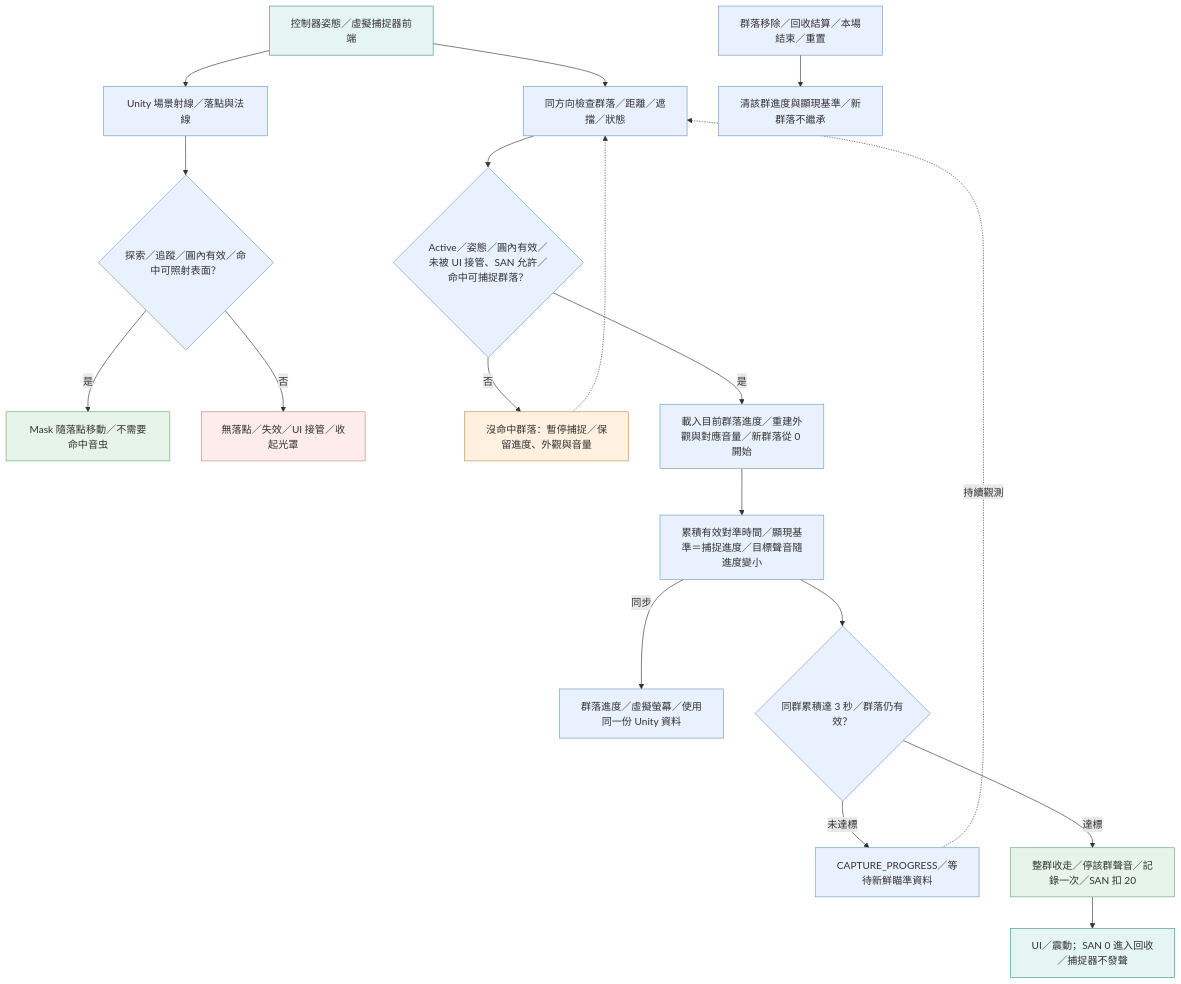
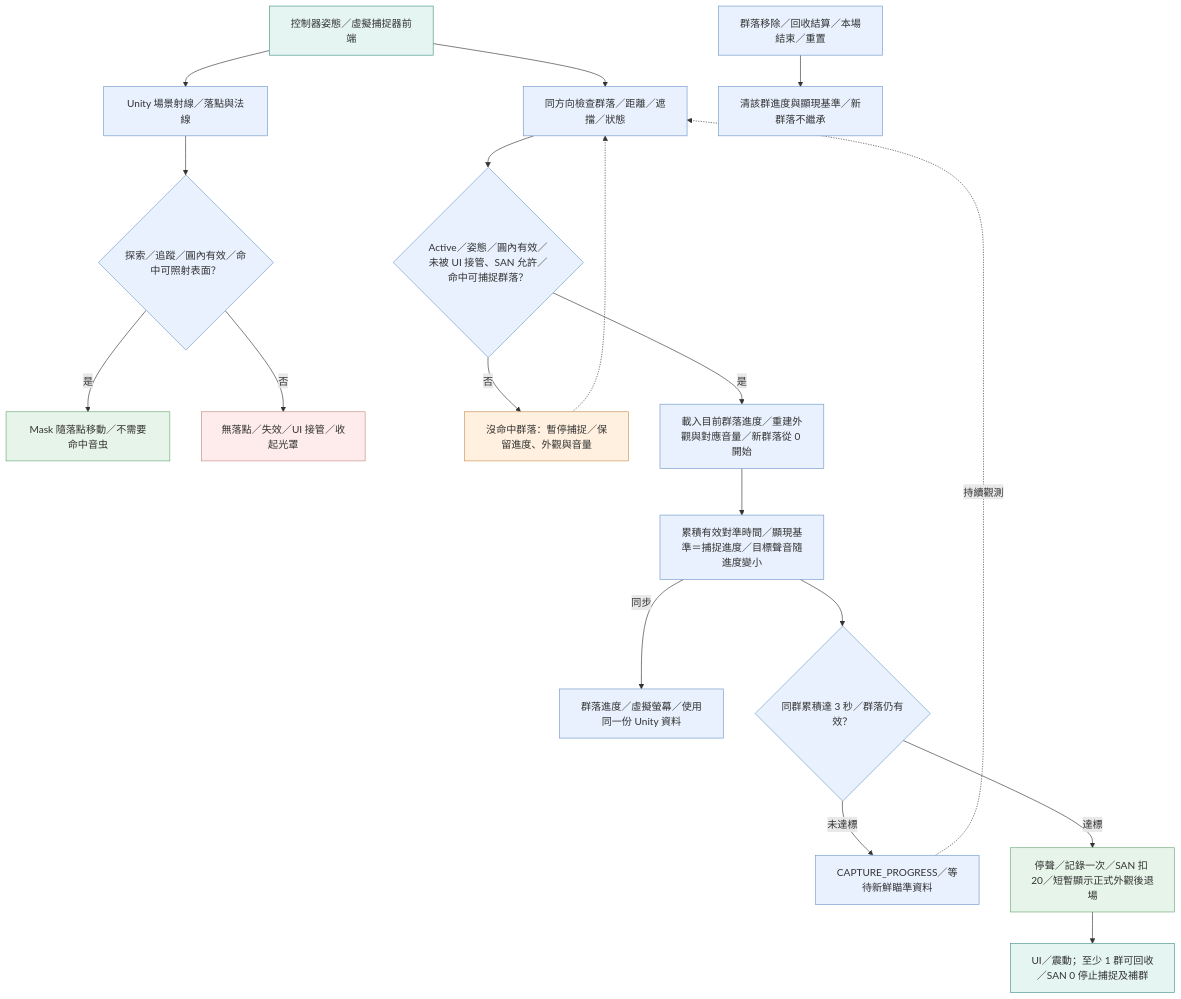
The diagram in docs/docs_vr/assets/技術流程圖/02.mmd (fengyenchia/dctProject), drawn with Mermaid before and after one commit. The commit also changed 64 other files, not shown here.

```diff
--- a/docs/docs_vr/assets/技術流程圖/02.mmd
+++ b/docs/docs_vr/assets/技術流程圖/02.mmd
@@ -1,52 +1,52 @@
 flowchart TD
   pose["控制器姿態／虛擬捕捉器前端"]
   surfaceRay["Unity 場景射線／落點與法線"]
   surfaceValid{"探索／追蹤／圓內有效／命中可照射表面？"}
   mask["Mask 隨落點移動／不需要命中音虫"]
   hideMask["無落點／失效／UI 接管／收起光罩"]
   targetRay["同方向檢查群落／距離／遮擋／狀態"]
   valid{"Active／姿態／圓內有效／未被 UI 接管、SAN 允許／命中可捕捉群落？"}
   pause["沒命中群落：暫停捕捉／保留進度、外觀與音量"]
   load["載入目前群落進度／重建外觀與對應音量／新群落從 0 開始"]
   progress["累積有效對準時間／顯現基準＝捕捉進度／目標聲音隨進度變小"]
   ui["群落進度／虛擬螢幕／使用同一份 Unity 資料"]
   time{"同群累積達 3 秒／群落仍有效？"}
   update["CAPTURE_PROGRESS／等待新鮮瞄準資料"]
-  commit["整群收走／停該群聲音／記錄一次／SAN 扣 20"]
-  feedback["UI／震動；SAN 0 進入回收／捕捉器不發聲"]
+  commit["停聲／記錄一次／SAN 扣 20／短暫顯示正式外觀後退場"]
+  feedback["UI／震動；至少 1 群可回收／SAN 0 停止捕捉及補群"]
   ended["群落移除／回收結算／本場結束／重置"]
   clear["清該群進度與顯現基準／新群落不繼承"]
   pose --> surfaceRay
   surfaceRay --> surfaceValid
   surfaceValid -->|"是"| mask
   surfaceValid -->|"否"| hideMask
   pose --> targetRay
   targetRay --> valid
   valid -->|"是"| load
   valid -->|"否"| pause
   pause -.-> targetRay
   load --> progress
   progress -->|"同步"| ui
   progress --> time
   time -->|"未達標"| update
   update -.->|"持續觀測"| targetRay
   time -->|"達標"| commit
   commit --> feedback
   ended --> clear
   style pose fill:#e5f5f1,stroke:#459489
   style surfaceRay fill:#e8f1fd,stroke:#7099c9
   style surfaceValid fill:#e8f1fd,stroke:#7099c9
   style mask fill:#e7f4e9,stroke:#69a977
   style hideMask fill:#fdeceb,stroke:#c58b86
   style targetRay fill:#e8f1fd,stroke:#7099c9
   style valid fill:#e8f1fd,stroke:#7099c9
   style pause fill:#fff0df,stroke:#cc9154
   style load fill:#e8f1fd,stroke:#7099c9
   style progress fill:#e8f1fd,stroke:#7099c9
   style ui fill:#e8f1fd,stroke:#7099c9
   style time fill:#e8f1fd,stroke:#7099c9
   style update fill:#e8f1fd,stroke:#7099c9
   style commit fill:#e7f4e9,stroke:#69a977
   style feedback fill:#e5f5f1,stroke:#459489
   style ended fill:#e8f1fd,stroke:#7099c9
   style clear fill:#e8f1fd,stroke:#7099c9
```
